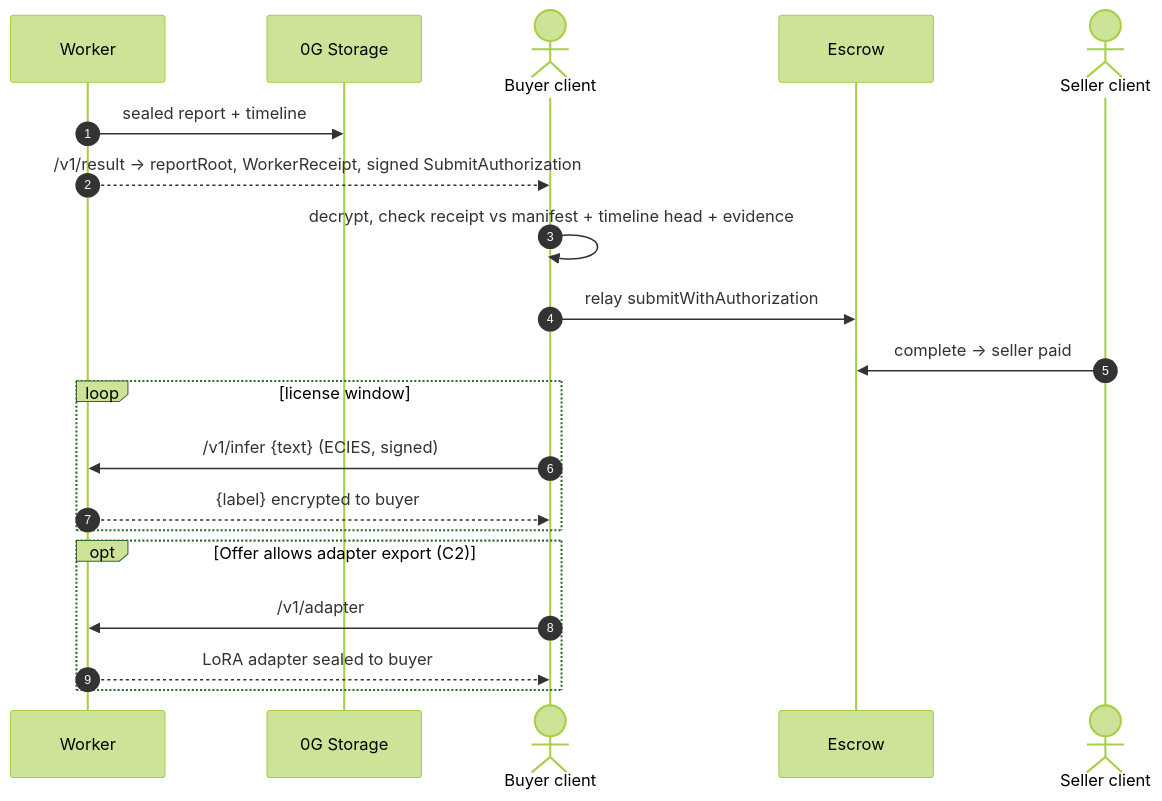
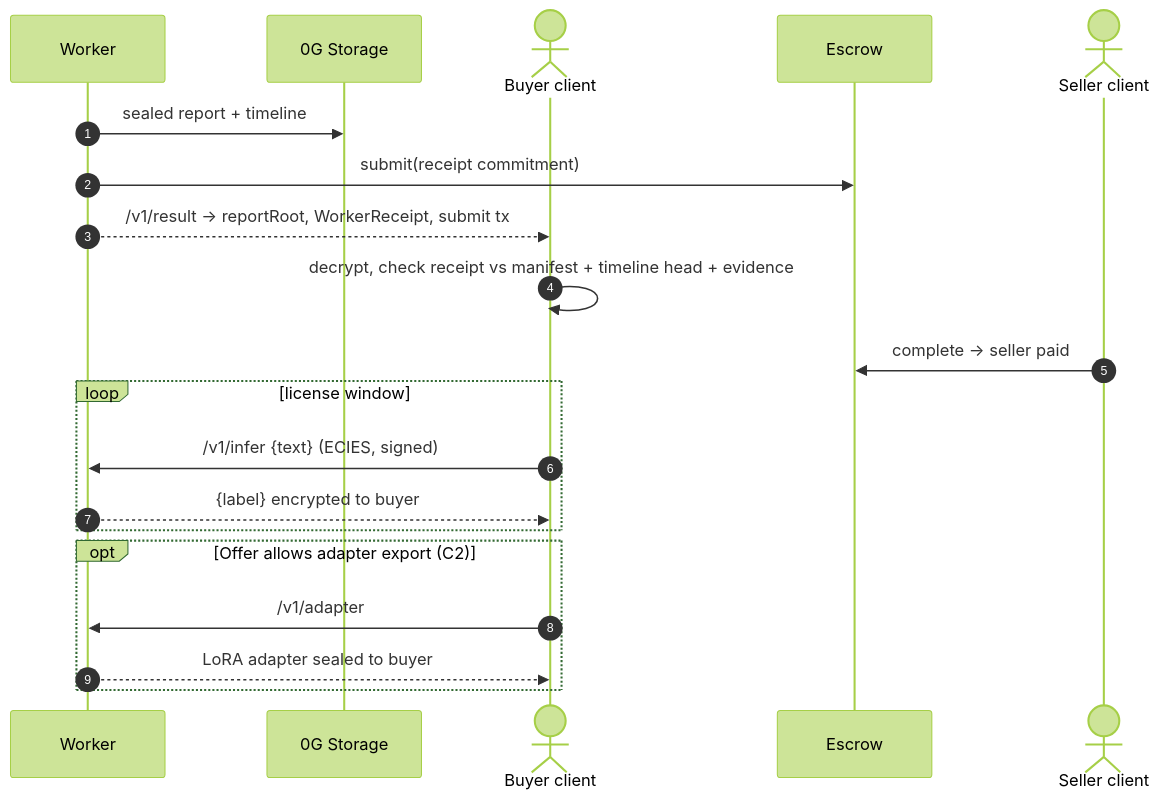
One commit to Soni-Shivam/Pivot_HTE changed the tenth of 16 diagrams in docs/ARCHITECTURE.md. Above: the diagram before and after it, drawn with Mermaid (forest theme). The commit also changed other lines of this file and 24 other files, not shown here.

````diff
--- a/docs/ARCHITECTURE.md
+++ b/docs/ARCHITECTURE.md
@@ -275,22 +276,22 @@
 ```mermaid
 sequenceDiagram
     autonumber
     participant W as Worker
     participant ST as 0G Storage
     actor B as Buyer client
     participant E as Escrow
     actor S as Seller client
     W->>ST: sealed report + timeline
-    W-->>B: /v1/result → reportRoot, WorkerReceipt, signed SubmitAuthorization
+    W->>E: submit(receipt commitment)
+    W-->>B: /v1/result → reportRoot, WorkerReceipt, submit tx
     B->>B: decrypt, check receipt vs manifest + timeline head + evidence
-    B->>E: relay submitWithAuthorization
     S->>E: complete → seller paid
     loop license window
         B->>W: /v1/infer {text} (ECIES, signed)
         W-->>B: {label} encrypted to buyer
     end
     opt Offer allows adapter export (C2)
         B->>W: /v1/adapter
         W-->>B: LoRA adapter sealed to buyer
     end
 ```
````
